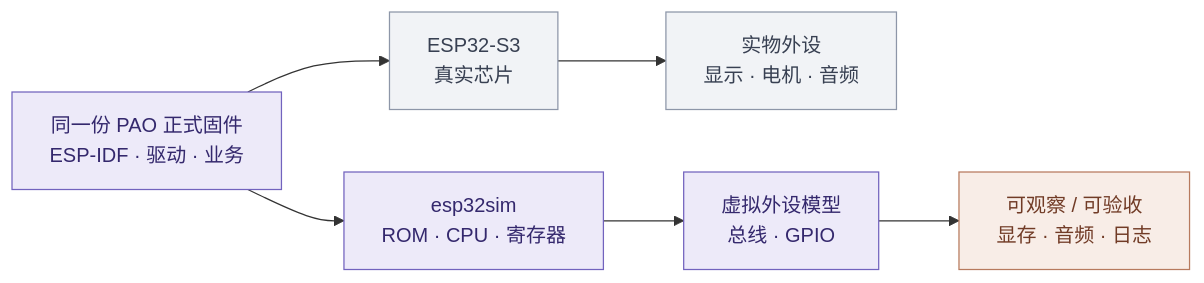
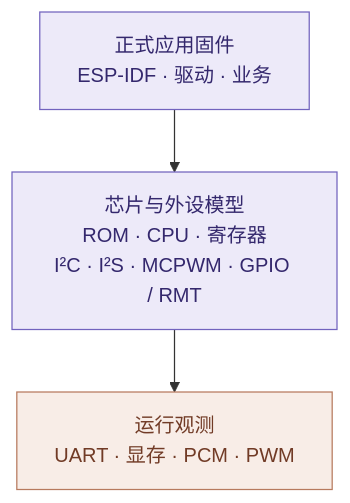
The diagram in presentation/architecture.mmd (pao-1024/pao), drawn with Mermaid before and after one commit. The commit also changed 8 other files, not shown here.

```diff
--- a/presentation/architecture.mmd
+++ b/presentation/architecture.mmd
@@ -1,13 +1,7 @@
-flowchart LR
-  firmware["同一份 PAO 正式固件<br/>ESP-IDF · 驱动 · 业务"]
-  firmware --> chip["ESP32-S3<br/>真实芯片"]
-  chip --> hardware["实物外设<br/>显示 · 电机 · 音频"]
-  firmware --> core["esp32sim<br/>ROM · CPU · 寄存器"]
-  core --> models["虚拟外设模型<br/>总线 · GPIO"]
-  models --> evidence["可观察 / 可验收<br/>显存 · 音频 · 日志"]
+flowchart TB
+  firmware["正式应用固件<br/>ESP-IDF · 驱动 · 业务"] --> models["芯片与外设模型<br/>ROM · CPU · 寄存器<br/>I²C · I²S · MCPWM · GPIO / RMT"]
+  models --> evidence["运行观测<br/>UART · 显存 · PCM · PWM"]
   classDef software fill:#edeaf9,stroke:#7263be,color:#34286d
-  classDef physical fill:#f1f3f6,stroke:#8d96a8,color:#384052
   classDef output fill:#f8ede7,stroke:#b77a5e,color:#713b26
-  class firmware,core,models software
-  class chip,hardware physical
+  class firmware,models software
   class evidence output
```
